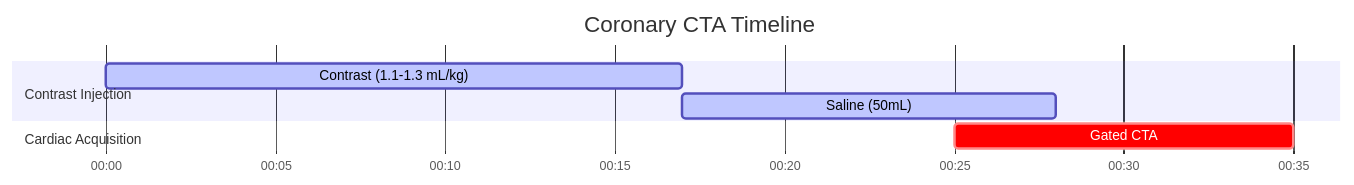
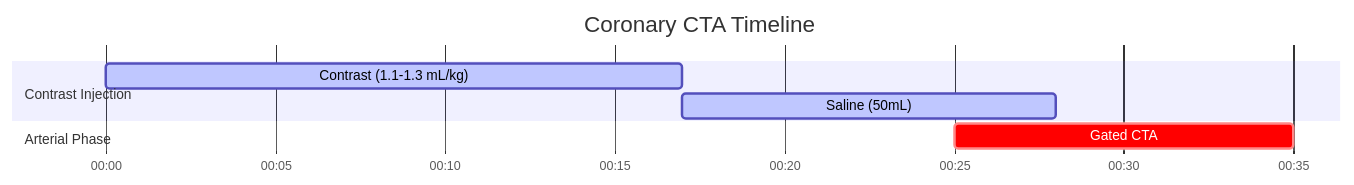
Before and after one commit to dfergs93/radiology-protocols: the diagram in docs/ct/cardiac/coronary-cta.md, drawn with Mermaid. The commit also changed 79 other files, not shown here.

````diff
--- a/docs/ct/cardiac/coronary-cta.md
+++ b/docs/ct/cardiac/coronary-cta.md
@@ -87,16 +87,16 @@
   ```mermaid
   ---
   config:
     theme: default
   ---
     gantt
       title Coronary CTA Timeline
       dateFormat mm:ss
       axisFormat %M:%S 
       
       section Contrast Injection
       Contrast (1.1-1.3 mL/kg)    :active, contrast, 00:00, 17s
       Saline (50mL)          :active, saline, after contrast, 11s
-      section Cardiac Acquisition
-      Gated CTA    :crit, scan3, 00:25, 10s
+      section Arterial Phase
+      Gated CTA    :crit, scan1, 00:25, 10s
   ```
````
